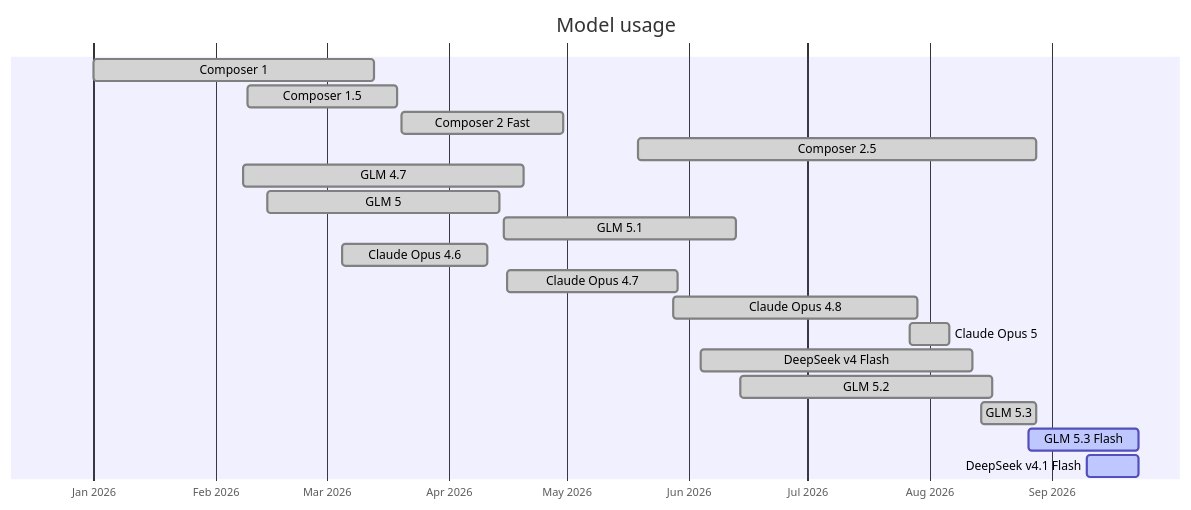
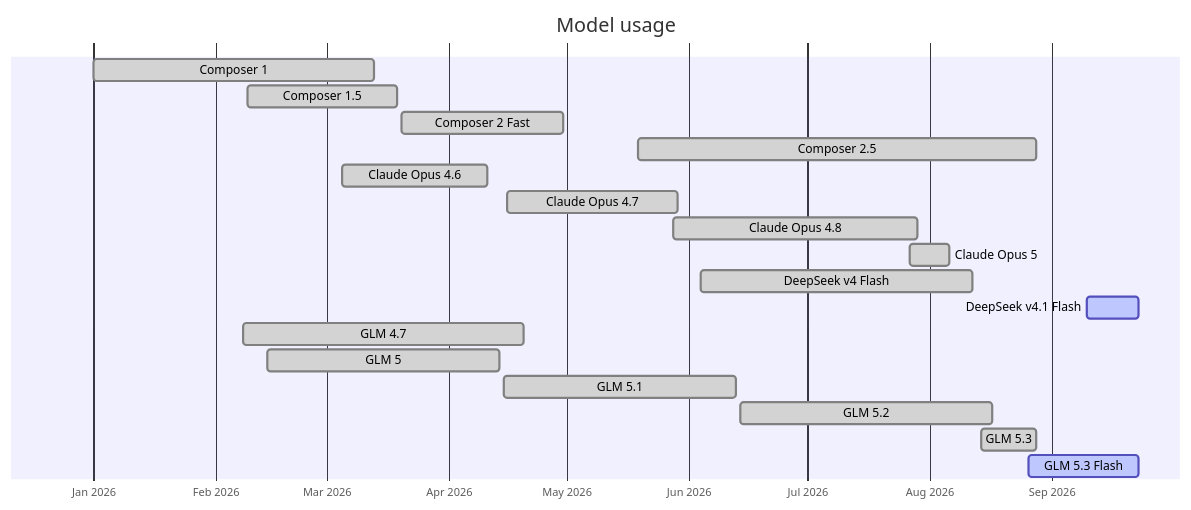
The diagram in ai-tools-i-have-used/index.md (tomzx/blog.tomrochette.com-content), drawn with Mermaid before and after one commit. The commit also changed other lines of this file, not shown here.

Commit message:
Sort model usage gantt chart alphabetically

````diff
--- a/ai-tools-i-have-used/index.md
+++ b/ai-tools-i-have-used/index.md
@@ -82,22 +82,22 @@
 ```mermaid
 gantt
     title Model usage
     dateFormat YYYY-MM-DD
     axisFormat %b %Y
     Composer 1          :done,   2026-01-01, 2026-03-13
     Composer 1.5        :done,   2026-02-09, 2026-03-19
     Composer 2 Fast     :done,   2026-03-20, 2026-04-30
     Composer 2.5        :done,   2026-05-19, 2026-08-28
-    GLM 4.7             :done,   2026-02-08, 2026-04-20
-    GLM 5               :done,   2026-02-14, 2026-04-14
-    GLM 5.1             :done,   2026-04-15, 2026-06-13
     Claude Opus 4.6     :done,   2026-03-05, 2026-04-11
     Claude Opus 4.7     :done,   2026-04-16, 2026-05-29
     Claude Opus 4.8     :done,   2026-05-28, 2026-07-29
     Claude Opus 5       :done,   2026-07-27, 2026-08-06
     DeepSeek v4 Flash   :done,   2026-06-04, 2026-08-12
+    DeepSeek v4.1 Flash :active, 2026-09-10, 2026-09-23
+    GLM 4.7             :done,   2026-02-08, 2026-04-20
+    GLM 5               :done,   2026-02-14, 2026-04-14
+    GLM 5.1             :done,   2026-04-15, 2026-06-13
     GLM 5.2             :done,   2026-06-14, 2026-08-17
     GLM 5.3             :done,   2026-08-14, 2026-08-28
     GLM 5.3 Flash       :active, 2026-08-26, 2026-09-23
-    DeepSeek v4.1 Flash :active, 2026-09-10, 2026-09-23
 ```
````
